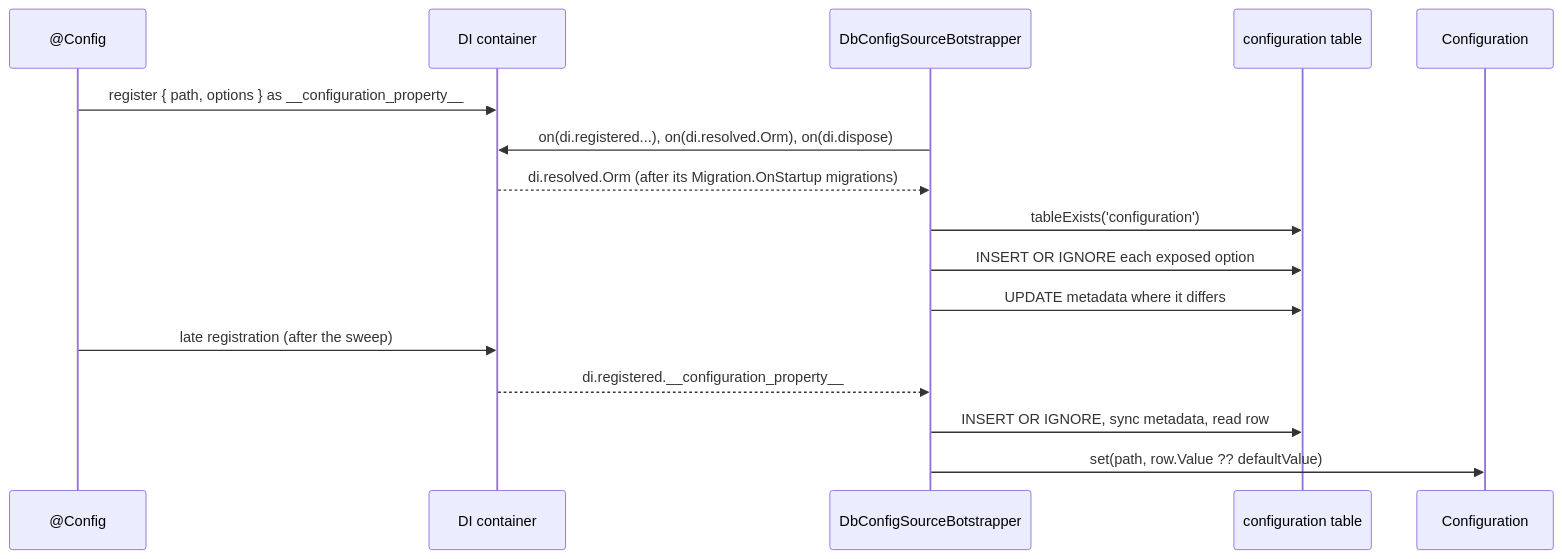
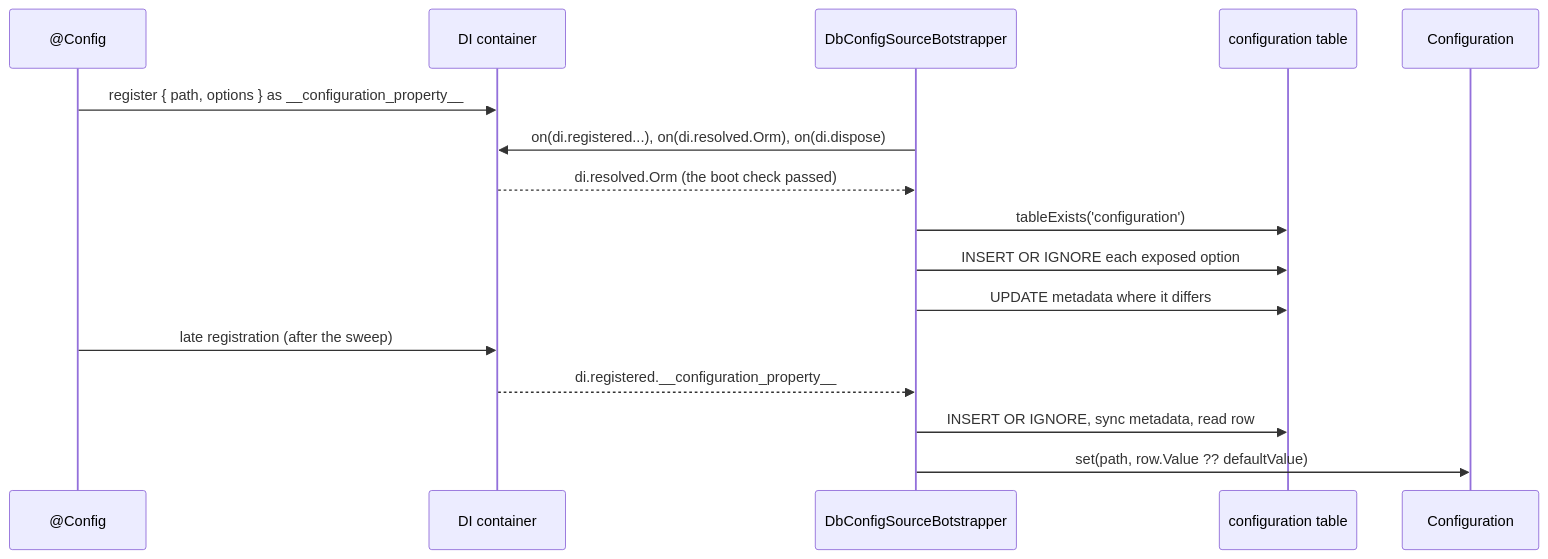
One commit to spinajs/main changed the diagram in docs/configuration-db-source/02-exposing-options.md. Above: the diagram before and after it, drawn with Mermaid. The commit also changed other lines of this file and 163 other files, not shown here.

````diff
--- a/docs/configuration-db-source/02-exposing-options.md
+++ b/docs/configuration-db-source/02-exposing-options.md
@@ -30,18 +30,18 @@
 ```mermaid
 sequenceDiagram
   participant D as @Config
   participant DI as DI container
   participant B as DbConfigSourceBotstrapper
   participant DB as configuration table
   participant C as Configuration
   D->>DI: register { path, options } as __configuration_property__
   B->>DI: on(di.registered...), on(di.resolved.Orm), on(di.dispose)
-  DI-->>B: di.resolved.Orm (after its Migration.OnStartup migrations)
+  DI-->>B: di.resolved.Orm (the boot check passed)
   B->>DB: tableExists('configuration')
   B->>DB: INSERT OR IGNORE each exposed option
   B->>DB: UPDATE metadata where it differs
   D->>DI: late registration (after the sweep)
   DI-->>B: di.registered.__configuration_property__
   B->>DB: INSERT OR IGNORE, sync metadata, read row
   B->>C: set(path, row.Value ?? defaultValue)
 ```
````
